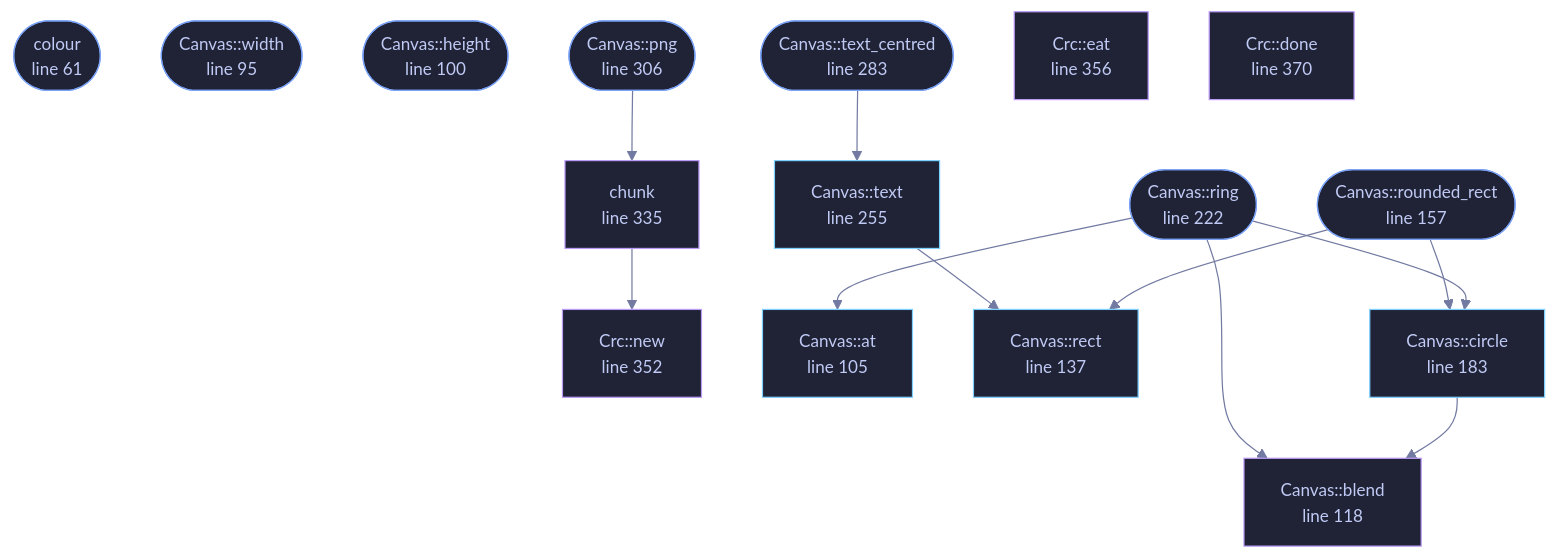
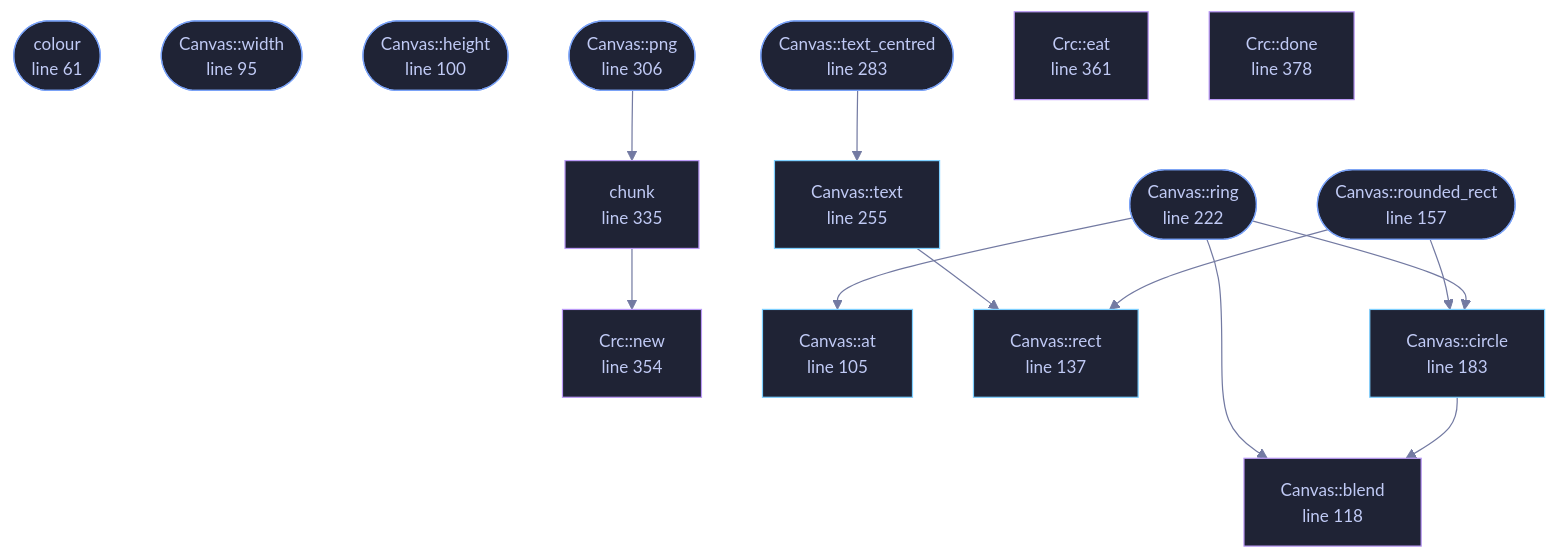
One commit to tilas01/veilvoice changed the diagram in docs/files/veilvoice-video/raster.md. Above: the diagram before and after it, drawn with Mermaid. The commit also changed other lines of this file and 130 other files, not shown here.

````diff
--- a/docs/files/veilvoice-video/raster.md
+++ b/docs/files/veilvoice-video/raster.md
@@ -113,54 +113,54 @@
 ```mermaid
 %%{init: {"theme":"base","themeVariables":{"background":"#1a1b26","primaryColor":"#1f2335","primaryTextColor":"#c0caf5","primaryBorderColor":"#7aa2f7","secondaryColor":"#16161e","tertiaryColor":"#16161e","lineColor":"#737aa2","textColor":"#c0caf5","mainBkg":"#1f2335","nodeBorder":"#7aa2f7","clusterBkg":"#16161e","clusterBorder":"#2f3549","fontFamily":"ui-monospace, SFMono-Regular, Consolas, monospace","fontSize":"14px"}}}%%
 flowchart TD
     n_colour(["colour<br/>line 61"])
     n_new["Canvas::new<br/>line 82"]
     n_width(["Canvas::width<br/>line 95"])
     n_height(["Canvas::height<br/>line 100"])
     n_at["Canvas::at<br/>line 105"]
     n_blend["Canvas::blend<br/>line 118"]
     n_rect["Canvas::rect<br/>line 137"]
     n_rounded_rect(["Canvas::rounded_rect<br/>line 157"])
     n_circle["Canvas::circle<br/>line 183"]
     n_ring(["Canvas::ring<br/>line 222"])
     n_text["Canvas::text<br/>line 255"]
     n_text_centred(["Canvas::text_centred<br/>line 283"])
     n_png(["Canvas::png<br/>line 306"])
     n_chunk["chunk<br/>line 335"]
-    n_new["Crc::new<br/>line 352"]
-    n_eat["Crc::eat<br/>line 356"]
-    n_done["Crc::done<br/>line 370"]
+    n_new["Crc::new<br/>line 354"]
+    n_eat["Crc::eat<br/>line 361"]
+    n_done["Crc::done<br/>line 378"]
     n_chunk --> n_new
     n_circle --> n_blend
     n_png --> n_chunk
     n_ring --> n_at
     n_ring --> n_blend
     n_ring --> n_circle
     n_rounded_rect --> n_circle
     n_rounded_rect --> n_rect
     n_text --> n_rect
     n_text_centred --> n_text
     click n_colour href "https://github.com/tilas01/veilvoice/blob/main/crates/veilvoice-video/src/raster.rs#L61" "open the source"
     click n_new href "https://github.com/tilas01/veilvoice/blob/main/crates/veilvoice-video/src/raster.rs#L82" "open the source"
     click n_width href "https://github.com/tilas01/veilvoice/blob/main/crates/veilvoice-video/src/raster.rs#L95" "open the source"
     click n_height href "https://github.com/tilas01/veilvoice/blob/main/crates/veilvoice-video/src/raster.rs#L100" "open the source"
     click n_at href "https://github.com/tilas01/veilvoice/blob/main/crates/veilvoice-video/src/raster.rs#L105" "open the source"
     click n_blend href "https://github.com/tilas01/veilvoice/blob/main/crates/veilvoice-video/src/raster.rs#L118" "open the source"
     click n_rect href "https://github.com/tilas01/veilvoice/blob/main/crates/veilvoice-video/src/raster.rs#L137" "open the source"
     click n_rounded_rect href "https://github.com/tilas01/veilvoice/blob/main/crates/veilvoice-video/src/raster.rs#L157" "open the source"
     click n_circle href "https://github.com/tilas01/veilvoice/blob/main/crates/veilvoice-video/src/raster.rs#L183" "open the source"
     click n_ring href "https://github.com/tilas01/veilvoice/blob/main/crates/veilvoice-video/src/raster.rs#L222" "open the source"
     click n_text href "https://github.com/tilas01/veilvoice/blob/main/crates/veilvoice-video/src/raster.rs#L255" "open the source"
     click n_text_centred href "https://github.com/tilas01/veilvoice/blob/main/crates/veilvoice-video/src/raster.rs#L283" "open the source"
     click n_png href "https://github.com/tilas01/veilvoice/blob/main/crates/veilvoice-video/src/raster.rs#L306" "open the source"
     click n_chunk href "https://github.com/tilas01/veilvoice/blob/main/crates/veilvoice-video/src/raster.rs#L335" "open the source"
-    click n_new href "https://github.com/tilas01/veilvoice/blob/main/crates/veilvoice-video/src/raster.rs#L352" "open the source"
-    click n_eat href "https://github.com/tilas01/veilvoice/blob/main/crates/veilvoice-video/src/raster.rs#L356" "open the source"
-    click n_done href "https://github.com/tilas01/veilvoice/blob/main/crates/veilvoice-video/src/raster.rs#L370" "open the source"
+    click n_new href "https://github.com/tilas01/veilvoice/blob/main/crates/veilvoice-video/src/raster.rs#L354" "open the source"
+    click n_eat href "https://github.com/tilas01/veilvoice/blob/main/crates/veilvoice-video/src/raster.rs#L361" "open the source"
+    click n_done href "https://github.com/tilas01/veilvoice/blob/main/crates/veilvoice-video/src/raster.rs#L378" "open the source"
     classDef entry fill:#1f2335,stroke:#7aa2f7,color:#c0caf5
     class n_colour,n_width,n_height,n_rounded_rect,n_ring,n_text_centred,n_png entry
     classDef api fill:#1f2335,stroke:#7dcfff,color:#c0caf5
     class n_new,n_at,n_rect,n_circle,n_text api
     classDef helper fill:#1f2335,stroke:#bb9af7,color:#c0caf5
     class n_blend,n_chunk,n_new,n_eat,n_done helper
 ```
````
